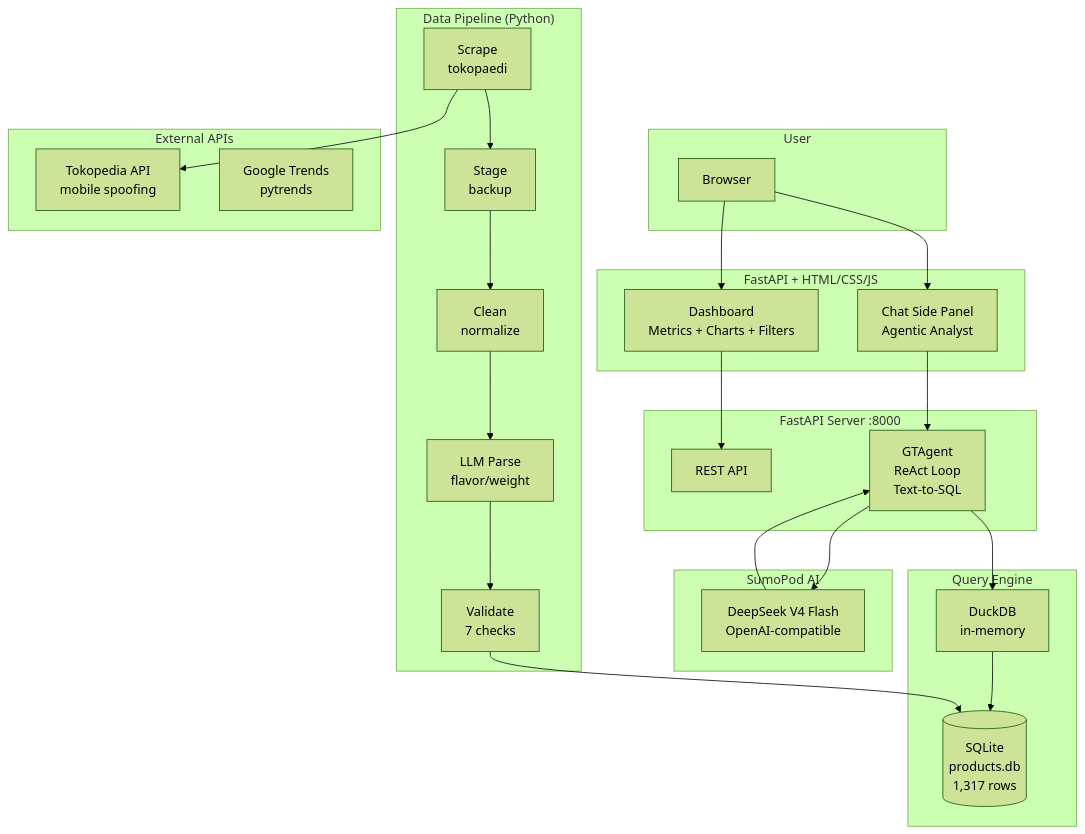
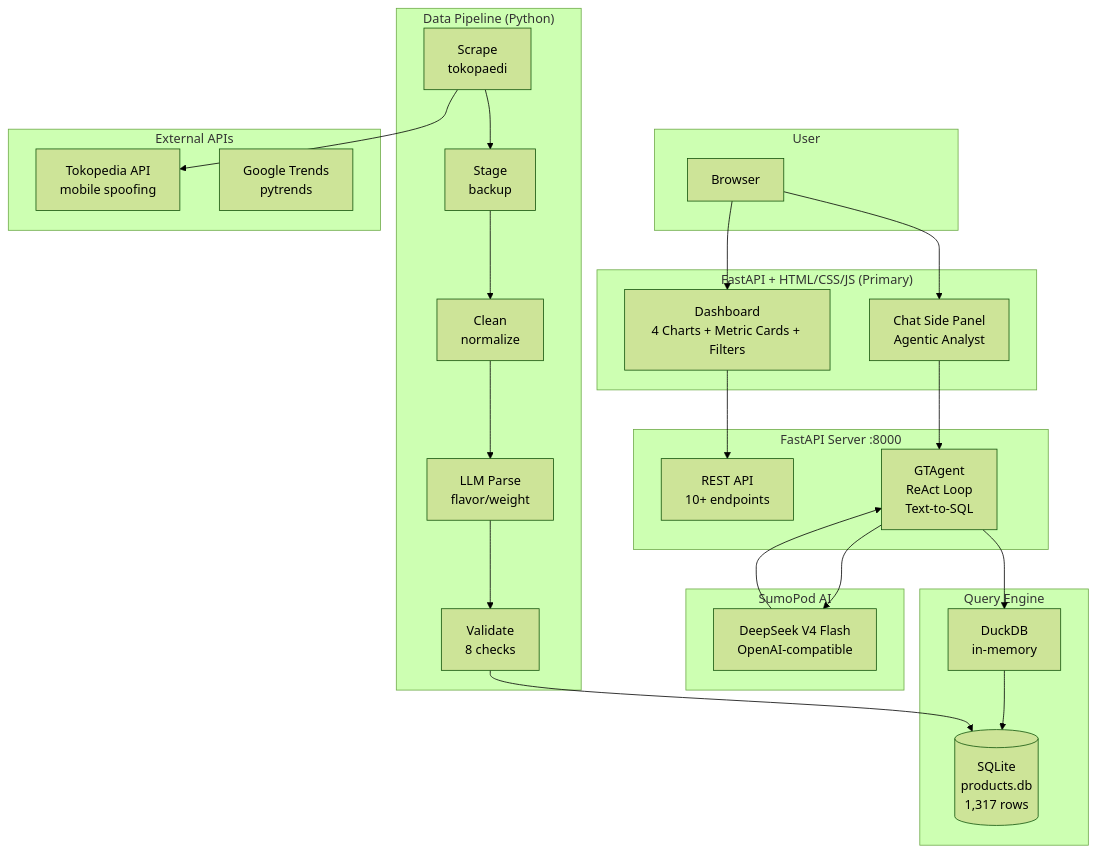
Before and after one commit to zakysyihan/gt-intelligence: the first of 3 diagrams in docs/ARCHITECTURE.md, drawn with Mermaid (forest theme). The commit also changed other lines of this file and 1 other file, not shown here.

First line of the commit message:
docs: update README and ARCHITECTURE to match actual codebase

````diff
--- a/docs/ARCHITECTURE.md
+++ b/docs/ARCHITECTURE.md
@@ -20,53 +20,53 @@
 ```mermaid
 graph TB
     subgraph User
         U[Browser]
     end
 
-    subgraph Frontend["FastAPI + HTML/CSS/JS"]
-        D[Dashboard<br/>Metrics + Charts + Filters]
+    subgraph Frontend["FastAPI + HTML/CSS/JS (Primary)"]
+        D[Dashboard<br/>4 Charts + Metric Cards + Filters]
         C[Chat Side Panel<br/>Agentic Analyst]
     end
 
     subgraph Backend["FastAPI Server :8000"]
-        API[REST API]
+        API[REST API<br/>10+ endpoints]
         GA[GTAgent<br/>ReAct Loop<br/>Text-to-SQL]
     end
 
     subgraph LLM["SumoPod AI"]
         DS[DeepSeek V4 Flash<br/>OpenAI-compatible]
     end
 
     subgraph Data["Query Engine"]
         DK[DuckDB<br/>in-memory]
         DB[(SQLite<br/>products.db<br/>1,317 rows)]
     end
 
     subgraph Pipeline["Data Pipeline (Python)"]
         SC[Scrape<br/>tokopaedi]
         ST[Stage<br/>backup]
         CL[Clean<br/>normalize]
         LP[LLM Parse<br/>flavor/weight]
-        VL[Validate<br/>7 checks]
+        VL[Validate<br/>8 checks]
     end
 
     subgraph External["External APIs"]
         TK[Tokopedia API<br/>mobile spoofing]
         GT[Google Trends<br/>pytrends]
     end
 
     U --> D
     U --> C
     D --> API
     C --> GA
     GA --> DS
     DS --> GA
     GA --> DK
     DK --> DB
     SC --> TK
     SC --> ST
     ST --> CL
     CL --> LP
     LP --> VL
     VL --> DB
 ```
````
